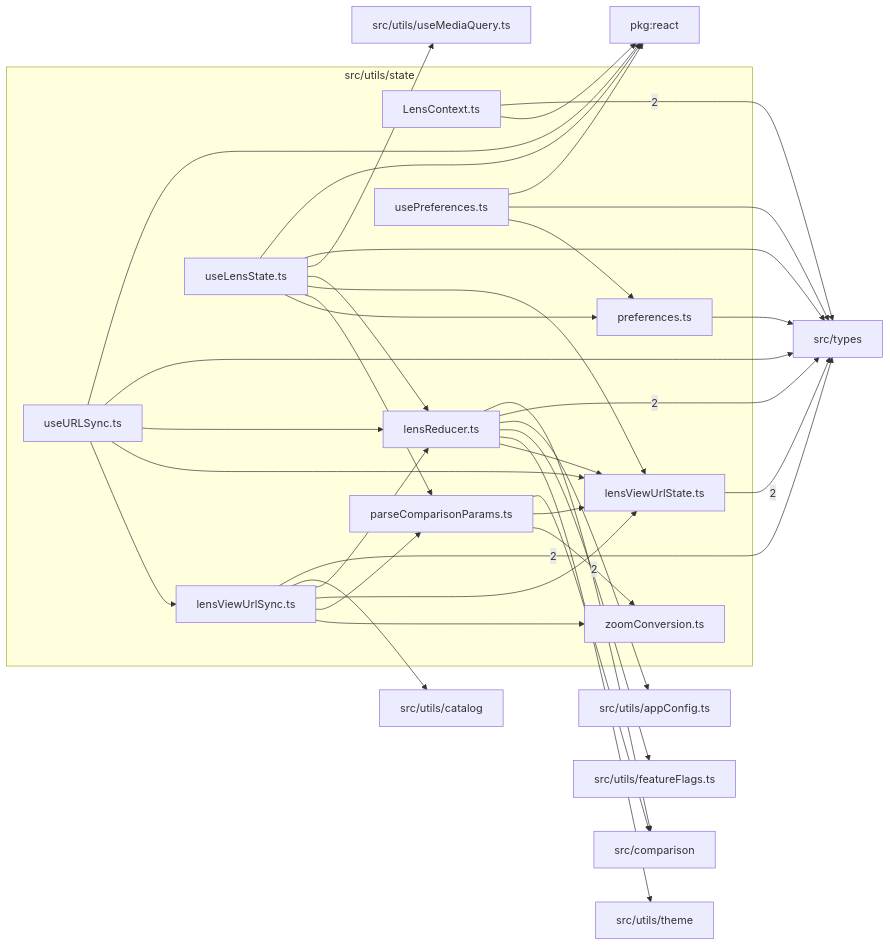
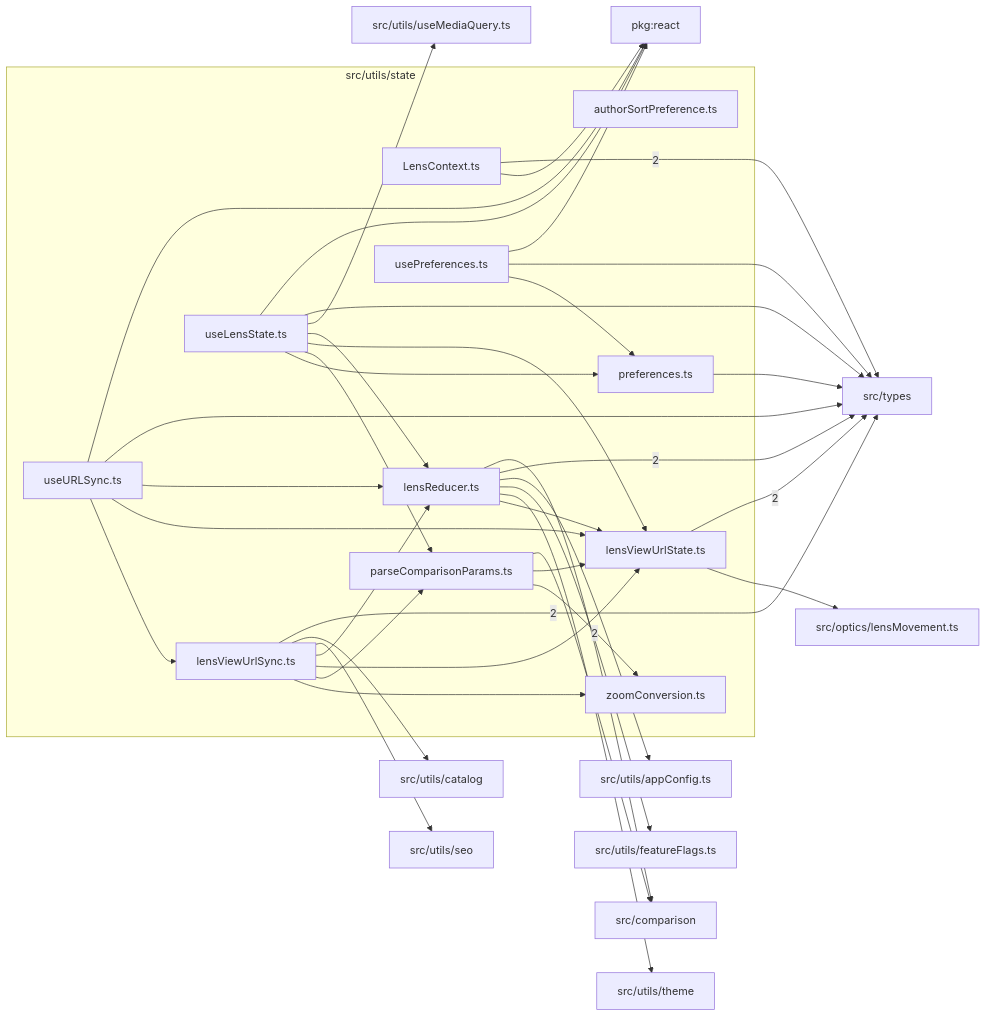
Before and after one commit to ronbuening/LensVisualizer: the diagram in src/utils/state/readme.md, drawn with Mermaid. The commit also changed other lines of this file and 38 other files, not shown here.

````diff
--- a/src/utils/state/readme.md
+++ b/src/utils/state/readme.md
@@ -9,57 +9,62 @@
 ```mermaid
 flowchart LR
   subgraph n_src_utils_state["src/utils/state"]
+    n_src_utils_state_src_utils_state_authorSortPreference_ts["authorSortPreference.ts"]
     n_src_utils_state_src_utils_state_LensContext_ts["LensContext.ts"]
     n_src_utils_state_src_utils_state_lensReducer_ts["lensReducer.ts"]
     n_src_utils_state_src_utils_state_lensViewUrlState_ts["lensViewUrlState.ts"]
     n_src_utils_state_src_utils_state_lensViewUrlSync_ts["lensViewUrlSync.ts"]
     n_src_utils_state_src_utils_state_parseComparisonParams_ts["parseComparisonParams.ts"]
     n_src_utils_state_src_utils_state_preferences_ts["preferences.ts"]
     n_src_utils_state_src_utils_state_useLensState_ts["useLensState.ts"]
     n_src_utils_state_src_utils_state_usePreferences_ts["usePreferences.ts"]
     n_src_utils_state_src_utils_state_useURLSync_ts["useURLSync.ts"]
     n_src_utils_state_src_utils_state_zoomConversion_ts["zoomConversion.ts"]
   end
   n_external_src_comparison["src/comparison"]
   n_external_src_types["src/types"]
   n_external_pkg_react["pkg:react"]
+  n_external_src_optics_lensMovement_ts["src/optics/lensMovement.ts"]
   n_external_src_utils_appConfig_ts["src/utils/appConfig.ts"]
   n_external_src_utils_catalog["src/utils/catalog"]
   n_external_src_utils_featureFlags_ts["src/utils/featureFlags.ts"]
+  n_external_src_utils_seo["src/utils/seo"]
   n_external_src_utils_theme["src/utils/theme"]
   n_external_src_utils_useMediaQuery_ts["src/utils/useMediaQuery.ts"]
   n_src_utils_state_src_utils_state_lensReducer_ts --> |2| n_external_src_comparison
   n_src_utils_state_src_utils_state_LensContext_ts --> |2| n_external_src_types
   n_src_utils_state_src_utils_state_lensReducer_ts --> |2| n_external_src_types
   n_src_utils_state_src_utils_state_lensViewUrlState_ts --> |2| n_external_src_types
   n_src_utils_state_src_utils_state_lensViewUrlSync_ts --> |2| n_external_src_types
   n_src_utils_state_src_utils_state_LensContext_ts --> n_external_pkg_react
   n_src_utils_state_src_utils_state_useLensState_ts --> n_external_pkg_react
   n_src_utils_state_src_utils_state_usePreferences_ts --> n_external_pkg_react
   n_src_utils_state_src_utils_state_useURLSync_ts --> n_external_pkg_react
   n_src_utils_state_src_utils_state_parseComparisonParams_ts --> n_external_src_comparison
+  n_src_utils_state_src_utils_state_lensViewUrlState_ts --> n_external_src_optics_lensMovement_ts
   n_src_utils_state_src_utils_state_preferences_ts --> n_external_src_types
   n_src_utils_state_src_utils_state_useLensState_ts --> n_external_src_types
   n_src_utils_state_src_utils_state_usePreferences_ts --> n_external_src_types
   n_src_utils_state_src_utils_state_useURLSync_ts --> n_external_src_types
   n_src_utils_state_src_utils_state_lensReducer_ts --> n_external_src_utils_appConfig_ts
   n_src_utils_state_src_utils_state_lensViewUrlSync_ts --> n_external_src_utils_catalog
   n_src_utils_state_src_utils_state_lensReducer_ts --> n_external_src_utils_featureFlags_ts
+  n_src_utils_state_src_utils_state_lensViewUrlSync_ts --> n_external_src_utils_seo
   n_src_utils_state_src_utils_state_lensReducer_ts --> n_external_src_utils_theme
   n_src_utils_state_src_utils_state_useLensState_ts --> n_external_src_utils_useMediaQuery_ts
   n_src_utils_state_src_utils_state_lensViewUrlSync_ts --> n_src_utils_state_src_utils_state_lensReducer_ts
   n_src_utils_state_src_utils_state_useLensState_ts --> n_src_utils_state_src_utils_state_lensReducer_ts
   n_src_utils_state_src_utils_state_useURLSync_ts --> n_src_utils_state_src_utils_state_lensReducer_ts
   n_src_utils_state_src_utils_state_lensReducer_ts --> n_src_utils_state_src_utils_state_lensViewUrlState_ts
   n_src_utils_state_src_utils_state_lensViewUrlSync_ts --> n_src_utils_state_src_utils_state_lensViewUrlState_ts
   n_src_utils_state_src_utils_state_parseComparisonParams_ts --> n_src_utils_state_src_utils_state_lensViewUrlState_ts
   n_src_utils_state_src_utils_state_useLensState_ts --> n_src_utils_state_src_utils_state_lensViewUrlState_ts
   n_src_utils_state_src_utils_state_useURLSync_ts --> n_src_utils_state_src_utils_state_lensViewUrlState_ts
   n_src_utils_state_src_utils_state_useURLSync_ts --> n_src_utils_state_src_utils_state_lensViewUrlSync_ts
   n_src_utils_state_src_utils_state_lensViewUrlSync_ts --> n_src_utils_state_src_utils_state_parseComparisonParams_ts
   n_src_utils_state_src_utils_state_useLensState_ts --> n_src_utils_state_src_utils_state_parseComparisonParams_ts
   n_src_utils_state_src_utils_state_useLensState_ts --> n_src_utils_state_src_utils_state_preferences_ts
   n_src_utils_state_src_utils_state_usePreferences_ts --> n_src_utils_state_src_utils_state_preferences_ts
   n_src_utils_state_src_utils_state_lensViewUrlSync_ts --> n_src_utils_state_src_utils_state_zoomConversion_ts
   n_src_utils_state_src_utils_state_parseComparisonParams_ts --> n_src_utils_state_src_utils_state_zoomConversion_ts
 ```
````
